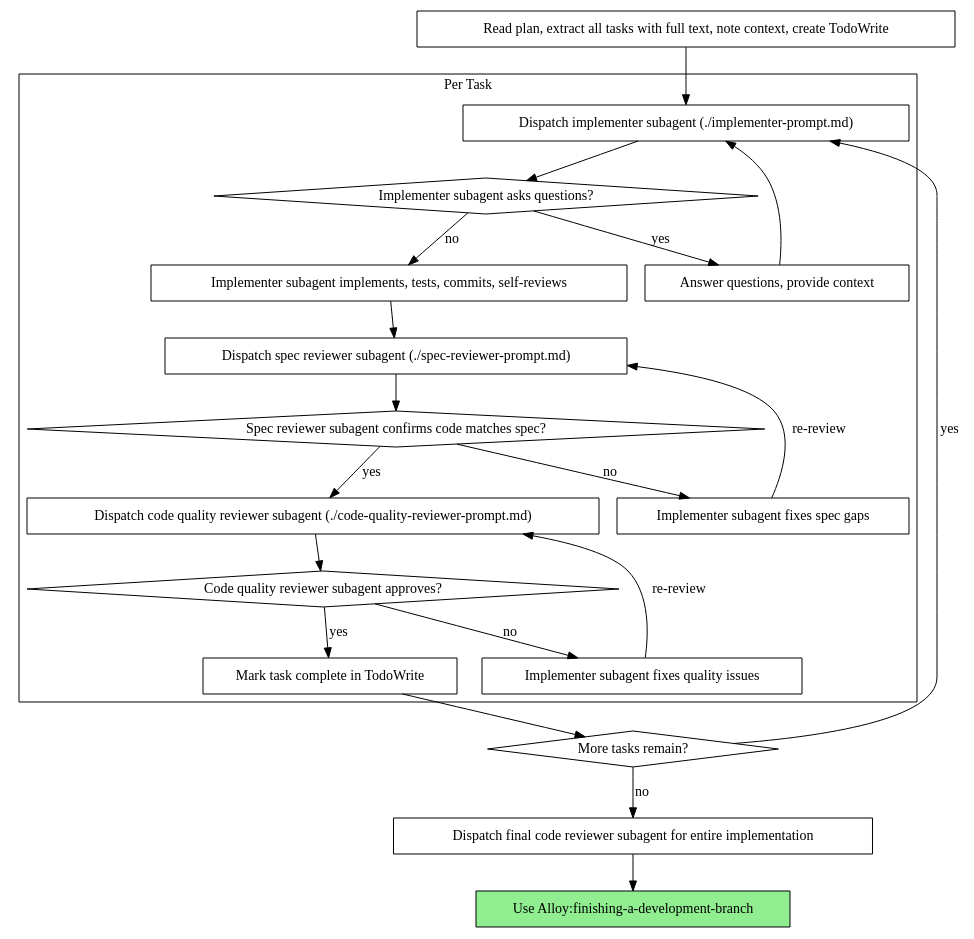
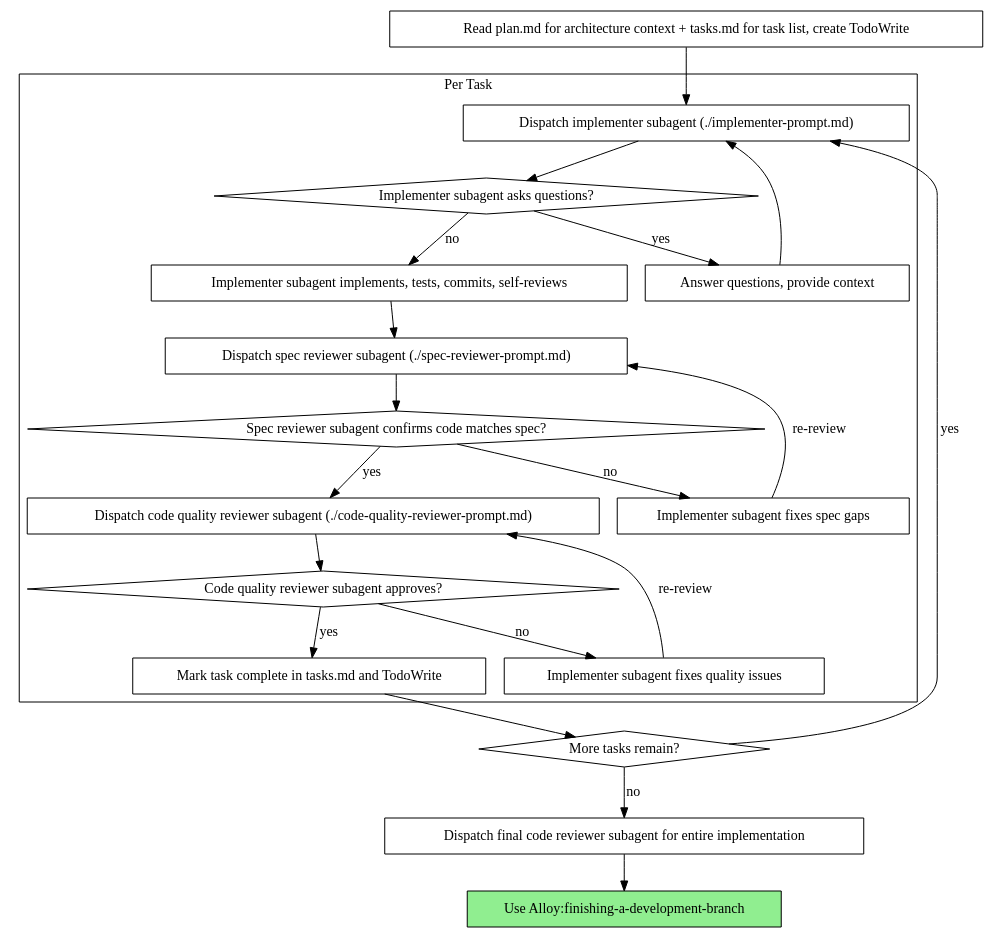
One commit to zhoupihua/rein changed the second of 2 diagrams in skills/subagent-driven-development/SKILL.md. Above: the diagram before and after it, drawn with Graphviz. The commit also changed other lines of this file and 3 other files, not shown here.

First line of the commit message:
refactor: split planning output into plan.md + tasks.md

````diff
--- a/skills/subagent-driven-development/SKILL.md
+++ b/skills/subagent-driven-development/SKILL.md
@@ -42,44 +42,44 @@
 ```dot
 digraph process {
     rankdir=TB;
 
     subgraph cluster_per_task {
         label="Per Task";
         "Dispatch implementer subagent (./implementer-prompt.md)" [shape=box];
         "Implementer subagent asks questions?" [shape=diamond];
         "Answer questions, provide context" [shape=box];
         "Implementer subagent implements, tests, commits, self-reviews" [shape=box];
         "Dispatch spec reviewer subagent (./spec-reviewer-prompt.md)" [shape=box];
         "Spec reviewer subagent confirms code matches spec?" [shape=diamond];
         "Implementer subagent fixes spec gaps" [shape=box];
         "Dispatch code quality reviewer subagent (./code-quality-reviewer-prompt.md)" [shape=box];
         "Code quality reviewer subagent approves?" [shape=diamond];
         "Implementer subagent fixes quality issues" [shape=box];
-        "Mark task complete in TodoWrite" [shape=box];
+        "Mark task complete in tasks.md and TodoWrite" [shape=box];
     }
 
-    "Read plan, extract all tasks with full text, note context, create TodoWrite" [shape=box];
+    "Read plan.md for architecture context + tasks.md for task list, create TodoWrite" [shape=box];
     "More tasks remain?" [shape=diamond];
     "Dispatch final code reviewer subagent for entire implementation" [shape=box];
     "Use Alloy:finishing-a-development-branch" [shape=box style=filled fillcolor=lightgreen];
 
-    "Read plan, extract all tasks with full text, note context, create TodoWrite" -> "Dispatch implementer subagent (./implementer-prompt.md)";
+    "Read plan.md for architecture context + tasks.md for task list, create TodoWrite" -> "Dispatch implementer subagent (./implementer-prompt.md)";
     "Dispatch implementer subagent (./implementer-prompt.md)" -> "Implementer subagent asks questions?";
     "Implementer subagent asks questions?" -> "Answer questions, provide context" [label="yes"];
     "Answer questions, provide context" -> "Dispatch implementer subagent (./implementer-prompt.md)";
     "Implementer subagent asks questions?" -> "Implementer subagent implements, tests, commits, self-reviews" [label="no"];
     "Implementer subagent implements, tests, commits, self-reviews" -> "Dispatch spec reviewer subagent (./spec-reviewer-prompt.md)";
     "Dispatch spec reviewer subagent (./spec-reviewer-prompt.md)" -> "Spec reviewer subagent confirms code matches spec?";
     "Spec reviewer subagent confirms code matches spec?" -> "Implementer subagent fixes spec gaps" [label="no"];
     "Implementer subagent fixes spec gaps" -> "Dispatch spec reviewer subagent (./spec-reviewer-prompt.md)" [label="re-review"];
     "Spec reviewer subagent confirms code matches spec?" -> "Dispatch code quality reviewer subagent (./code-quality-reviewer-prompt.md)" [label="yes"];
     "Dispatch code quality reviewer subagent (./code-quality-reviewer-prompt.md)" -> "Code quality reviewer subagent approves?";
     "Code quality reviewer subagent approves?" -> "Implementer subagent fixes quality issues" [label="no"];
     "Implementer subagent fixes quality issues" -> "Dispatch code quality reviewer subagent (./code-quality-reviewer-prompt.md)" [label="re-review"];
-    "Code quality reviewer subagent approves?" -> "Mark task complete in TodoWrite" [label="yes"];
-    "Mark task complete in TodoWrite" -> "More tasks remain?";
+    "Code quality reviewer subagent approves?" -> "Mark task complete in tasks.md and TodoWrite" [label="yes"];
+    "Mark task complete in tasks.md and TodoWrite" -> "More tasks remain?";
     "More tasks remain?" -> "Dispatch implementer subagent (./implementer-prompt.md)" [label="yes"];
     "More tasks remain?" -> "Dispatch final code reviewer subagent for entire implementation" [label="no"];
     "Dispatch final code reviewer subagent for entire implementation" -> "Use Alloy:finishing-a-development-branch";
 }
 ```
````
